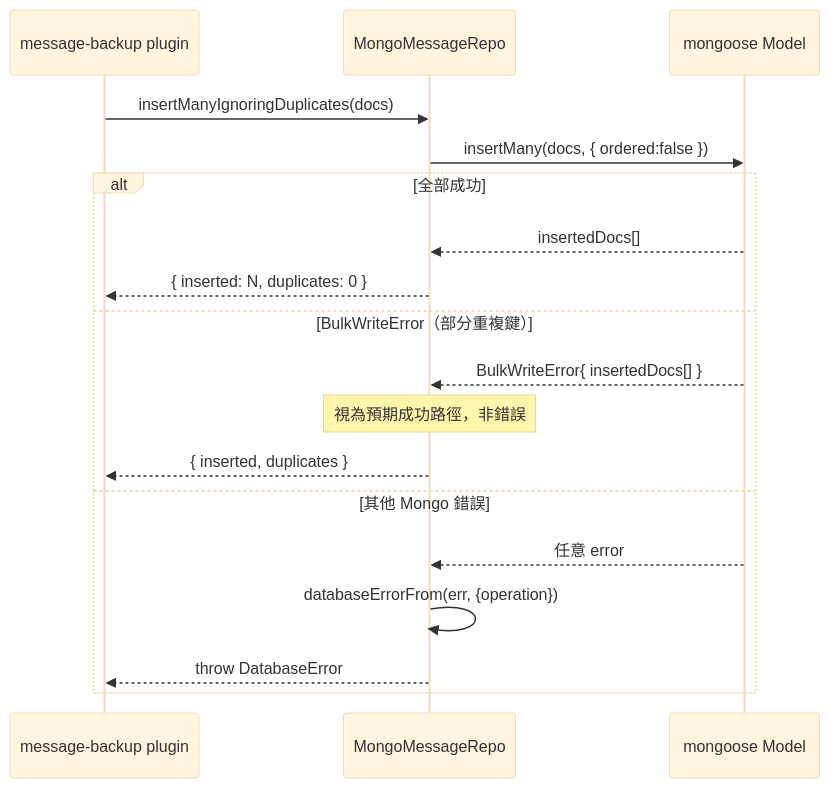
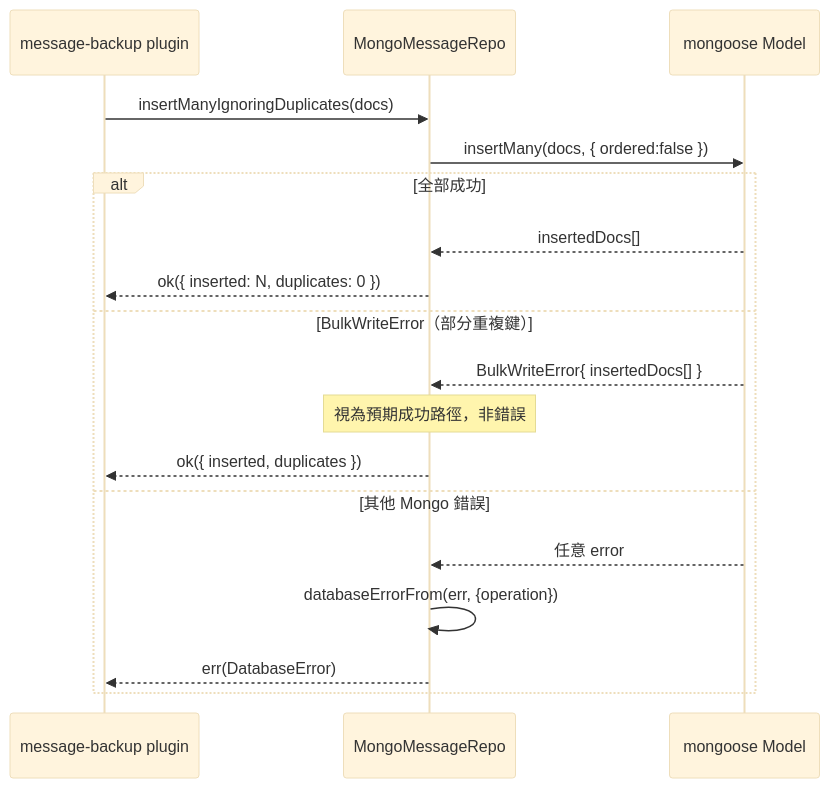
Before and after one commit to ACaccel/discord-bot: the second of 2 diagrams in docs/design/C4-persistence.md, drawn with Mermaid (base theme). The commit also changed other lines of this file and 51 other files, not shown here.

````diff
--- a/docs/design/C4-persistence.md
+++ b/docs/design/C4-persistence.md
@@ -109,20 +112,20 @@
 ```mermaid
 sequenceDiagram
     participant P as message-backup plugin
     participant R as MongoMessageRepo
     participant M as mongoose Model
     P->>R: insertManyIgnoringDuplicates(docs)
     R->>M: insertMany(docs, { ordered:false })
     alt 全部成功
         M-->>R: insertedDocs[]
-        R-->>P: { inserted: N, duplicates: 0 }
+        R-->>P: ok({ inserted: N, duplicates: 0 })
     else BulkWriteError（部分重複鍵）
         M-->>R: BulkWriteError{ insertedDocs[] }
         Note over R: 視為預期成功路徑，非錯誤
-        R-->>P: { inserted, duplicates }
+        R-->>P: ok({ inserted, duplicates })
     else 其他 Mongo 錯誤
         M-->>R: 任意 error
         R->>R: databaseErrorFrom(err, {operation})
-        R-->>P: throw DatabaseError
+        R-->>P: err(DatabaseError)
     end
 ```
````
